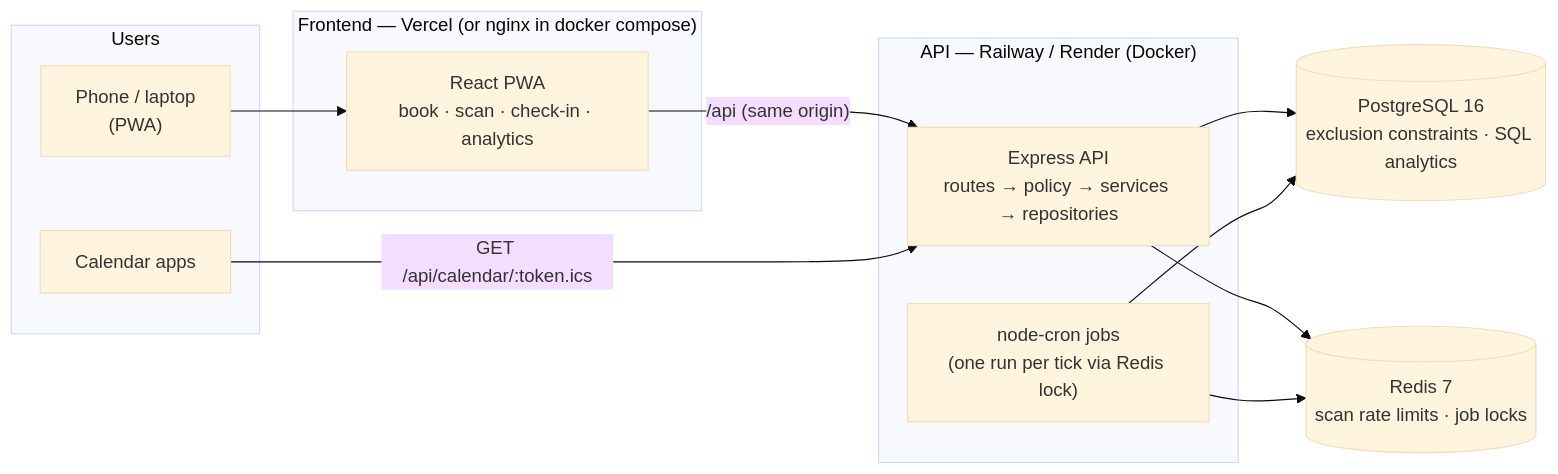
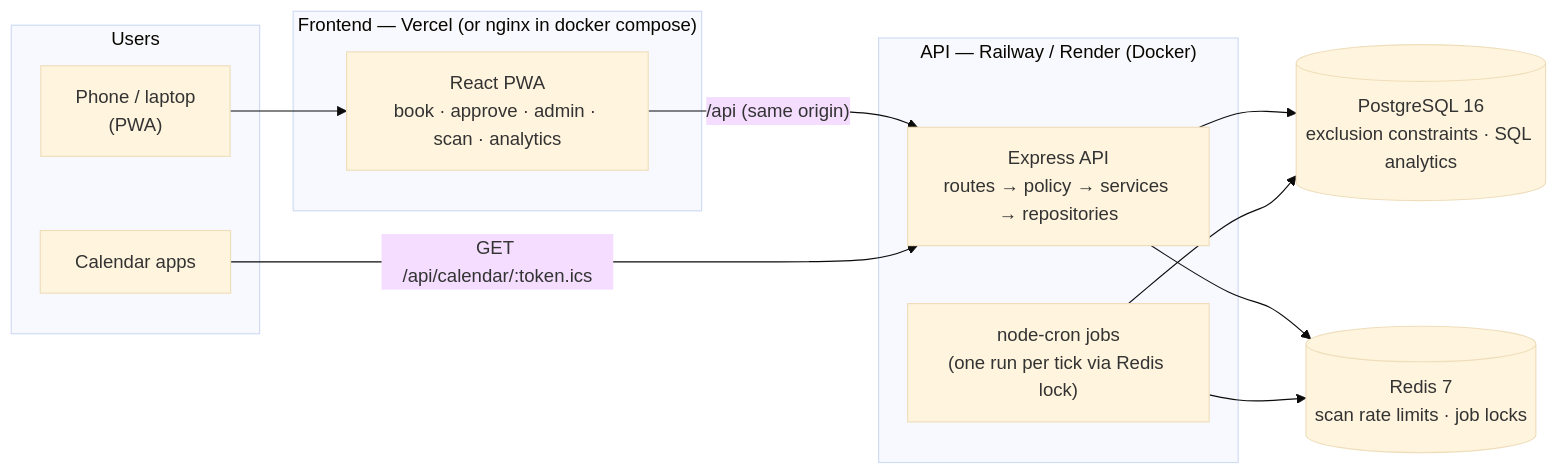
One commit to vinithgomez/LabDesk changed the diagram in README.md. Above: the diagram before and after it, drawn with Mermaid (base theme). The commit also changed other lines of this file, not shown here.

````diff
--- a/README.md
+++ b/README.md
@@ -29,24 +29,24 @@
 ```mermaid
 flowchart LR
   subgraph Users
     phone["Phone / laptop<br/>(PWA)"]
     cal["Calendar apps"]
   end
   subgraph Frontend["Frontend — Vercel (or nginx in docker compose)"]
-    pwa["React PWA<br/>book · scan · check-in · analytics"]
+    pwa["React PWA<br/>book · approve · admin · scan · analytics"]
   end
   subgraph Backend["API — Railway / Render (Docker)"]
     api["Express API<br/>routes → policy → services → repositories"]
     jobs["node-cron jobs<br/>(one run per tick via Redis lock)"]
   end
   pg[("PostgreSQL 16<br/>exclusion constraints · SQL analytics")]
   redis[("Redis 7<br/>scan rate limits · job locks")]
 
   phone --> pwa
   pwa -- "/api (same origin)" --> api
   cal -- "GET /api/calendar/:token.ics" --> api
   api --> pg
   api --> redis
   jobs --> pg
   jobs --> redis
 ```
````
